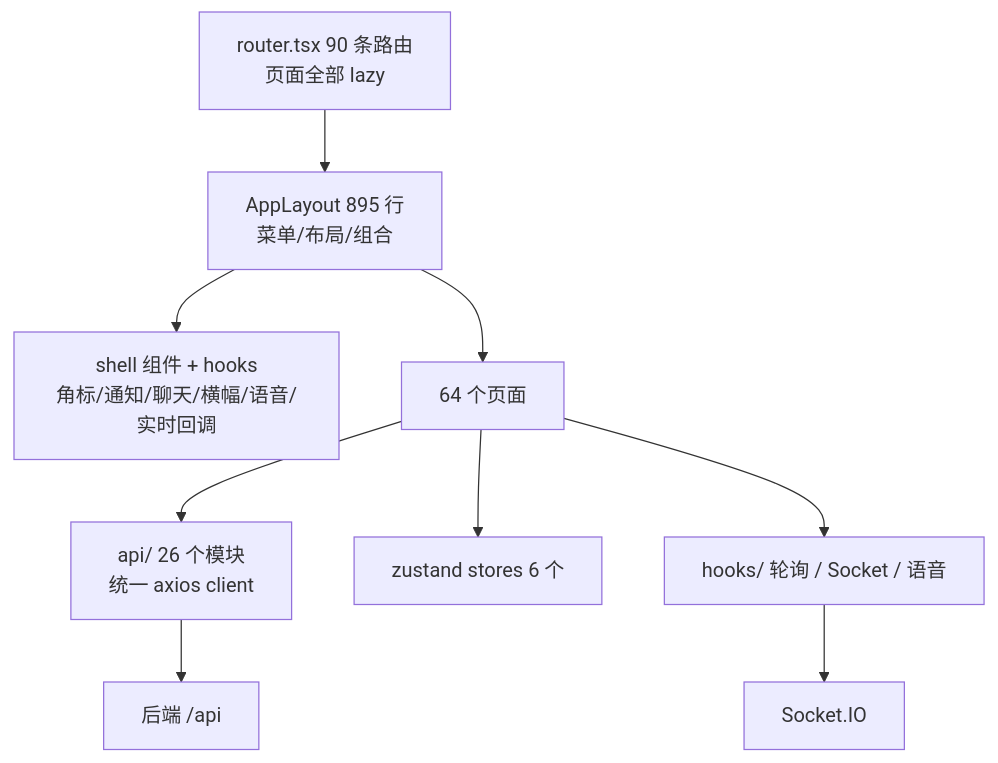
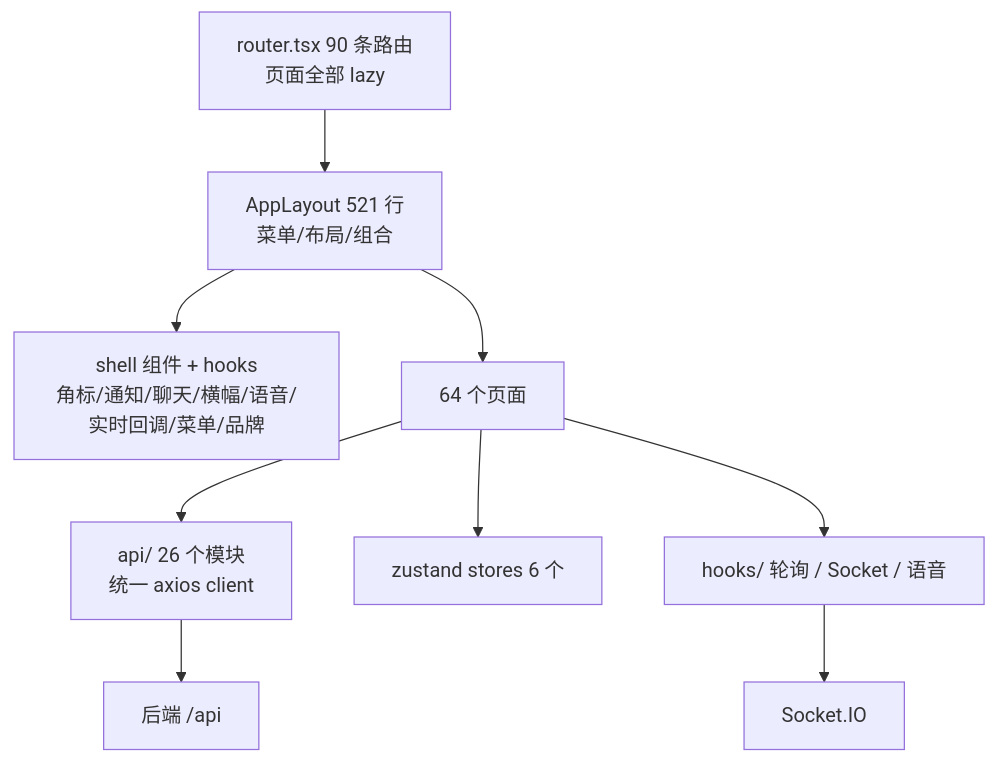
The third of 3 diagrams in docs/PLATFORM-DESIGN.md (opsvr-ai/game-workspace), drawn with Mermaid before and after one commit. The commit also changed other lines of this file and 3 other files, not shown here.

````diff
--- a/docs/PLATFORM-DESIGN.md
+++ b/docs/PLATFORM-DESIGN.md
@@ -167,11 +169,11 @@
 ```mermaid
 flowchart TB
-  R[router.tsx 90 条路由<br/>页面全部 lazy] --> L[AppLayout 895 行<br/>菜单/布局/组合]
-  L --> SH[shell 组件 + hooks<br/>角标/通知/聊天/横幅/语音/实时回调]
+  R[router.tsx 90 条路由<br/>页面全部 lazy] --> L[AppLayout 521 行<br/>菜单/布局/组合]
+  L --> SH[shell 组件 + hooks<br/>角标/通知/聊天/横幅/语音/实时回调/菜单/品牌]
   L --> P[64 个页面]
   P --> A[api/ 26 个模块<br/>统一 axios client]
   P --> S[zustand stores 6 个]
   P --> H[hooks/ 轮询 / Socket / 语音]
   A --> X[后端 /api]
   H --> WS[Socket.IO]
 ```
````
